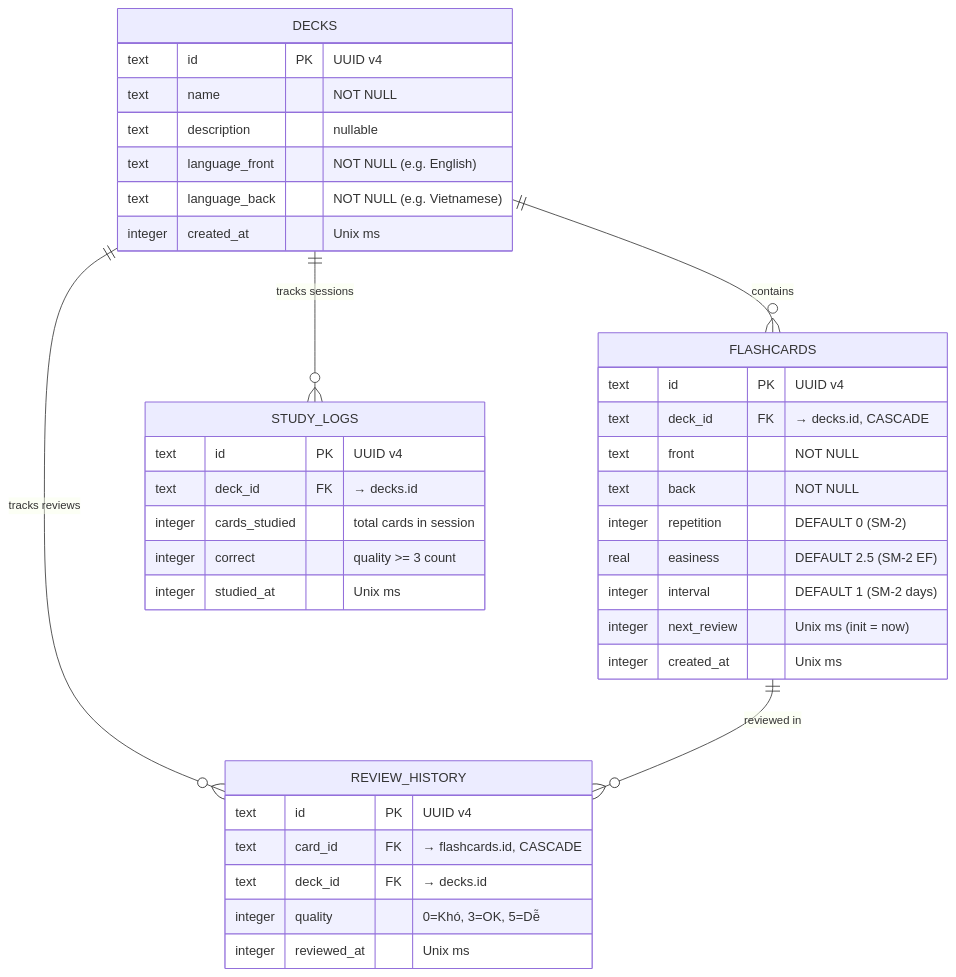
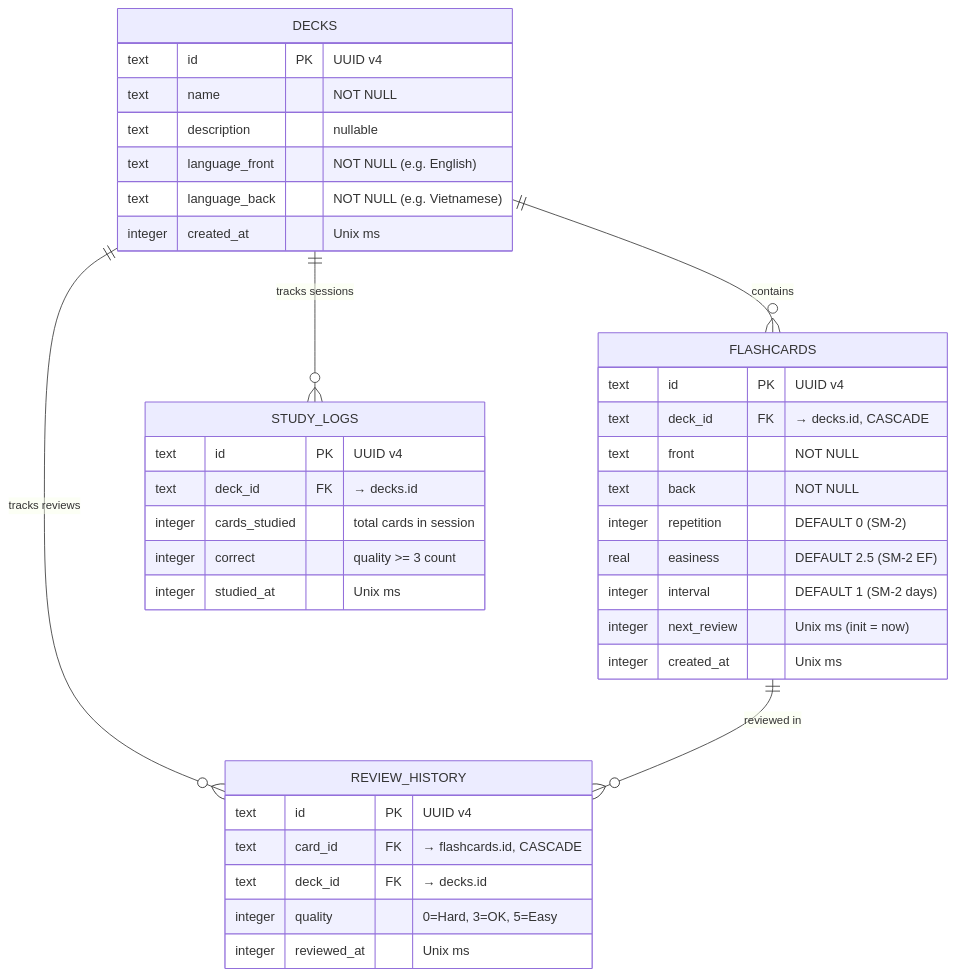
One commit to githubuser2777/ZenFlashCard changed the diagram in docs/database.md. Above: the diagram before and after it, drawn with Mermaid. The commit also changed other lines of this file and 7 other files, not shown here.

````diff
--- a/docs/database.md
+++ b/docs/database.md
@@ -22,44 +22,44 @@
 ```mermaid
 erDiagram
     DECKS ||--o{ FLASHCARDS : "contains"
     DECKS ||--o{ STUDY_LOGS : "tracks sessions"
     DECKS ||--o{ REVIEW_HISTORY : "tracks reviews"
     FLASHCARDS ||--o{ REVIEW_HISTORY : "reviewed in"
 
     DECKS {
         text id PK "UUID v4"
         text name "NOT NULL"
         text description "nullable"
         text language_front "NOT NULL (e.g. English)"
         text language_back "NOT NULL (e.g. Vietnamese)"
         integer created_at "Unix ms"
     }
 
     FLASHCARDS {
         text id PK "UUID v4"
         text deck_id FK "→ decks.id, CASCADE"
         text front "NOT NULL"
         text back "NOT NULL"
         integer repetition "DEFAULT 0 (SM-2)"
         real easiness "DEFAULT 2.5 (SM-2 EF)"
         integer interval "DEFAULT 1 (SM-2 days)"
         integer next_review "Unix ms (init = now)"
         integer created_at "Unix ms"
     }
 
     STUDY_LOGS {
         text id PK "UUID v4"
         text deck_id FK "→ decks.id"
         integer cards_studied "total cards in session"
         integer correct "quality >= 3 count"
         integer studied_at "Unix ms"
     }
 
     REVIEW_HISTORY {
         text id PK "UUID v4"
         text card_id FK "→ flashcards.id, CASCADE"
         text deck_id FK "→ decks.id"
-        integer quality "0=Khó, 3=OK, 5=Dễ"
+        integer quality "0=Hard, 3=OK, 5=Easy"
         integer reviewed_at "Unix ms"
     }
 ```
````
